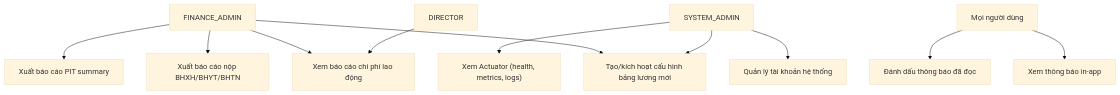
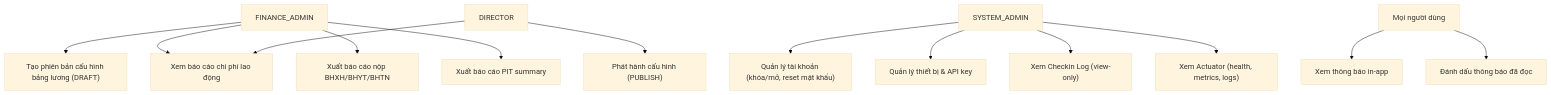
The seventh of 19 diagrams in docs/DATN_20204812_NguyenThanhBach/DATN_20204812_NguyenThanhBach.md (NBachTH/HRMS), drawn with Mermaid (base theme) before and after one commit. The commit also changed other lines of this file and 88 other files, not shown here.

Commit message:
fix Contract, Payroll Run flow

````diff
--- a/docs/DATN_20204812_NguyenThanhBach/DATN_20204812_NguyenThanhBach.md
+++ b/docs/DATN_20204812_NguyenThanhBach/DATN_20204812_NguyenThanhBach.md
@@ -329,13 +332,15 @@
 ```mermaid
 graph TD
-    FIN["FINANCE_ADMIN"] --> A["Tạo/kích hoạt cấu hình bảng lương mới"]
+    FIN["FINANCE_ADMIN"] --> A["Tạo phiên bản cấu hình bảng lương (DRAFT)"]
     FIN --> B["Xem báo cáo chi phí lao động"]
     FIN --> C["Xuất báo cáo nộp BHXH/BHYT/BHTN"]
     FIN --> D["Xuất báo cáo PIT summary"]
     DIR["DIRECTOR"] --> B
-    SYS["SYSTEM_ADMIN"] --> A
-    SYS --> E["Quản lý tài khoản hệ thống"]
+    DIR --> P["Phát hành cấu hình (PUBLISH)"]
+    SYS["SYSTEM_ADMIN"] --> E["Quản lý tài khoản (khóa/mở, reset mật khẩu)"]
+    SYS --> Q["Quản lý thiết bị & API key"]
+    SYS --> R["Xem Checkin Log (view-only)"]
     SYS --> F["Xem Actuator (health, metrics, logs)"]
     ALL["Mọi người dùng"] --> G["Xem thông báo in-app"]
     ALL --> H["Đánh dấu thông báo đã đọc"]
 ```
````
